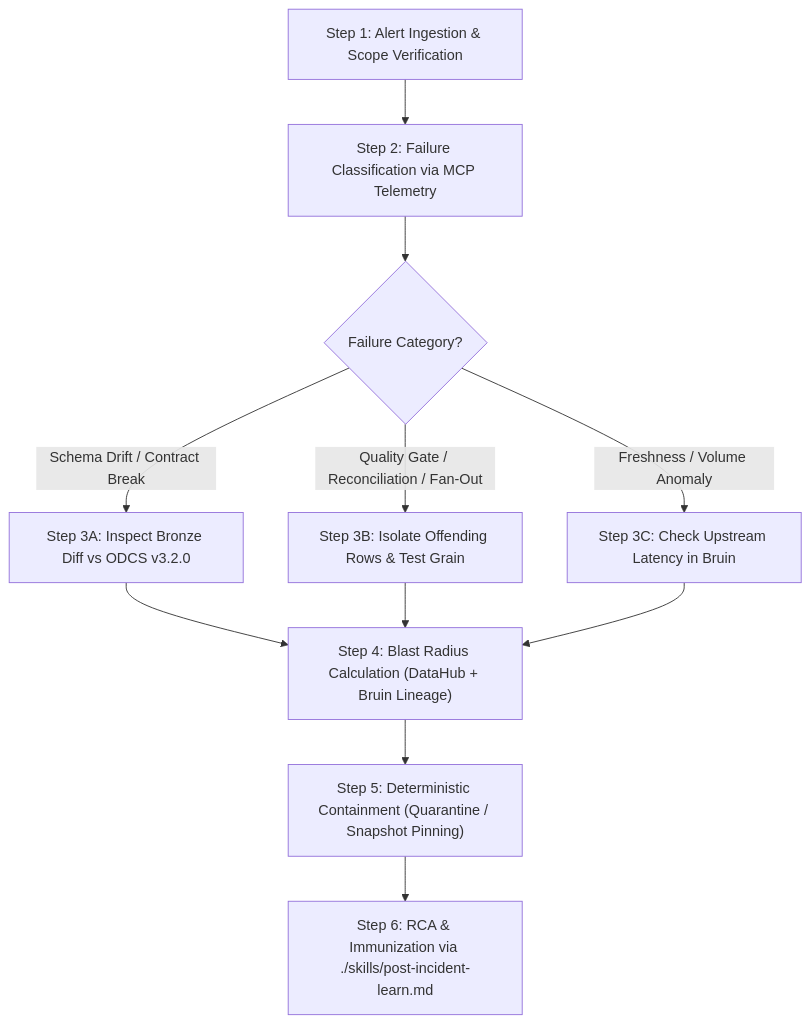
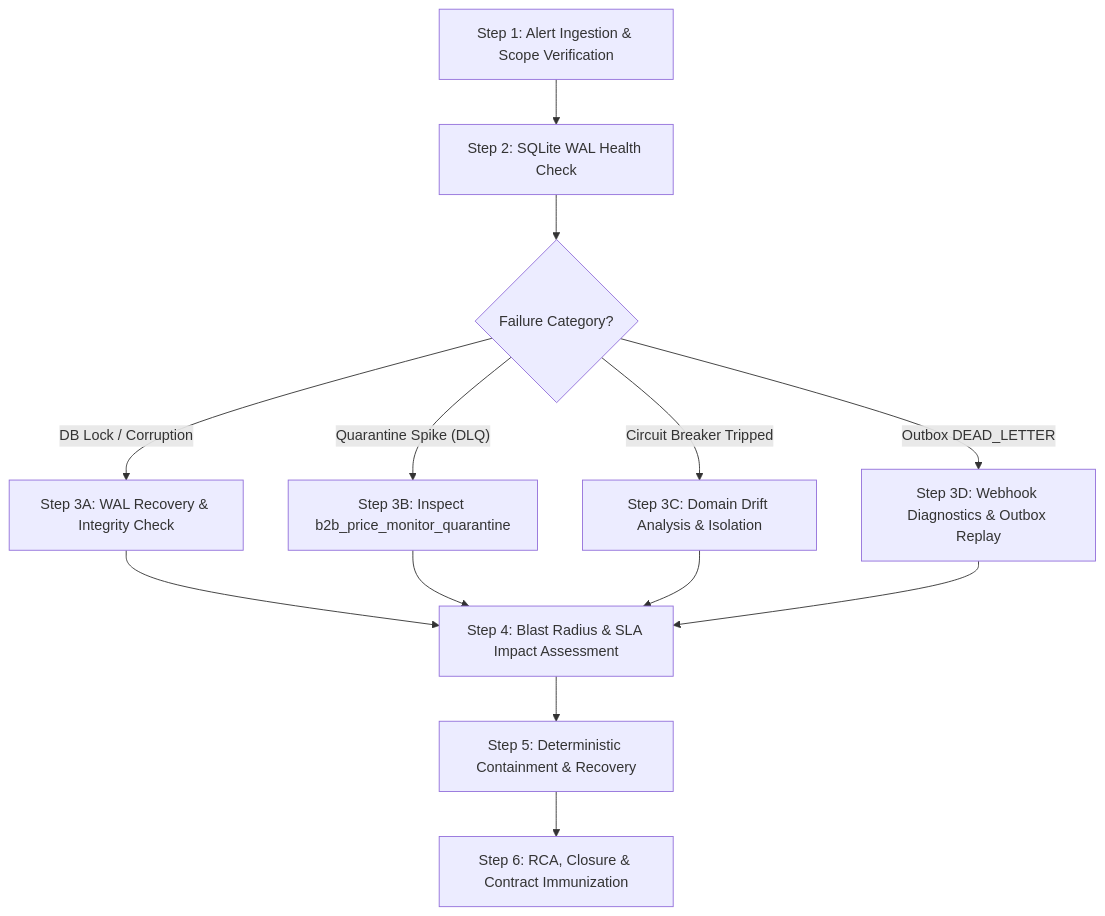
Before and after one commit to hugoargerio-glitch/B2B-Price-Market-Monitor: the diagram in knowledge/runbooks/INCIDENT_TEMPLATE.md, drawn with Mermaid. The commit also changed other lines of this file and 21 other files, not shown here.

Commit message:
fix(wave1): resolve critical/high audit blockers, unify schema, and harden tests

````diff
--- a/knowledge/runbooks/INCIDENT_TEMPLATE.md
+++ b/knowledge/runbooks/INCIDENT_TEMPLATE.md
@@ -33,13 +35,15 @@
 ```mermaid
 flowchart TD
-    S1["Step 1: Alert Ingestion & Scope Verification"] --> S2["Step 2: Failure Classification via MCP Telemetry"]
+    S1["Step 1: Alert Ingestion & Scope Verification"] --> S2["Step 2: SQLite WAL Health Check"]
     S2 --> C1{"Failure Category?"}
-    C1 -->|Schema Drift / Contract Break| S3A["Step 3A: Inspect Bronze Diff vs ODCS v3.2.0"]
-    C1 -->|Quality Gate / Reconciliation / Fan-Out| S3B["Step 3B: Isolate Offending Rows & Test Grain"]
-    C1 -->|Freshness / Volume Anomaly| S3C["Step 3C: Check Upstream Latency in Bruin"]
-    S3A --> S4["Step 4: Blast Radius Calculation (DataHub + Bruin Lineage)"]
+    C1 -->|"DB Lock / Corruption"| S3A["Step 3A: WAL Recovery & Integrity Check"]
+    C1 -->|"Quarantine Spike (DLQ)"| S3B["Step 3B: Inspect b2b_price_monitor_quarantine"]
+    C1 -->|"Circuit Breaker Tripped"| S3C["Step 3C: Domain Drift Analysis & Isolation"]
+    C1 -->|"Outbox DEAD_LETTER"| S3D["Step 3D: Webhook Diagnostics & Outbox Replay"]
+    S3A --> S4["Step 4: Blast Radius & SLA Impact Assessment"]
     S3B --> S4
     S3C --> S4
-    S4 --> S5["Step 5: Deterministic Containment (Quarantine / Snapshot Pinning)"]
-    S5 --> S6["Step 6: RCA & Immunization via ./skills/post-incident-learn.md"]
+    S3D --> S4
+    S4 --> S5["Step 5: Deterministic Containment & Recovery"]
+    S5 --> S6["Step 6: RCA, Closure & Contract Immunization"]
 ```
````
